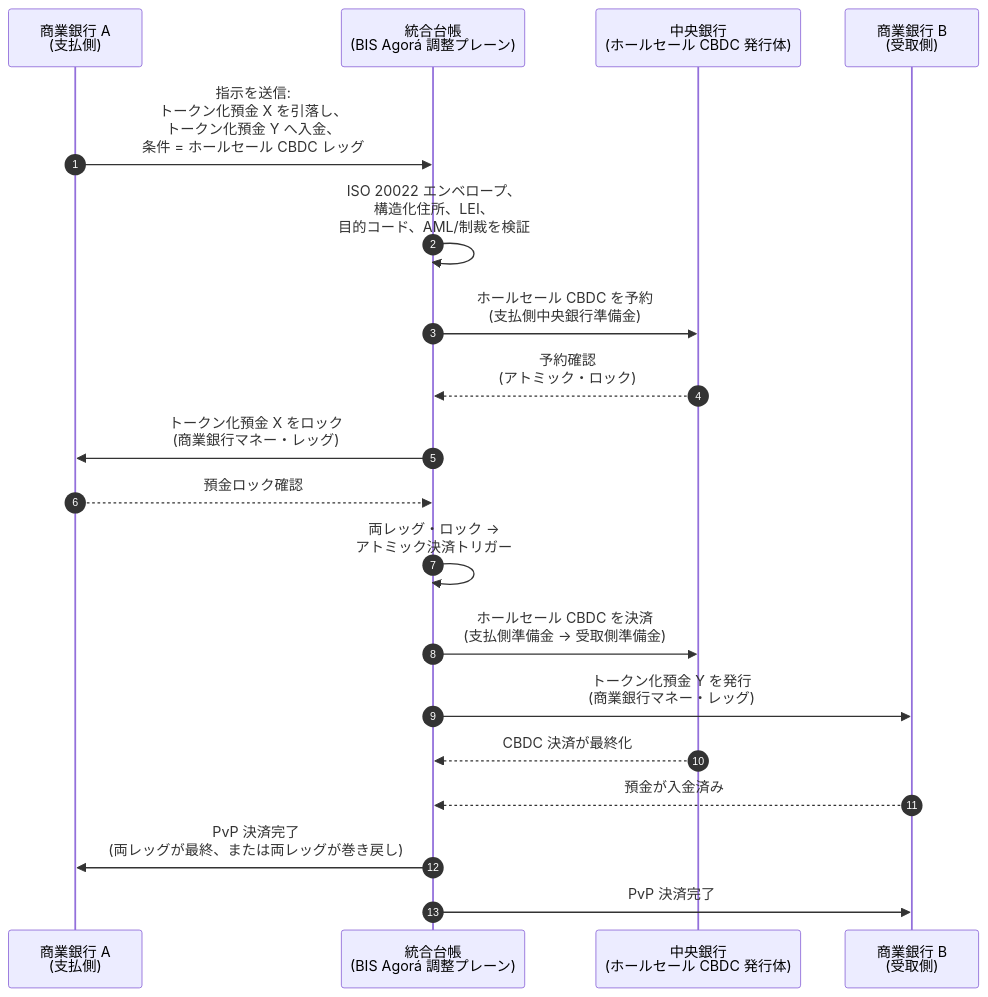
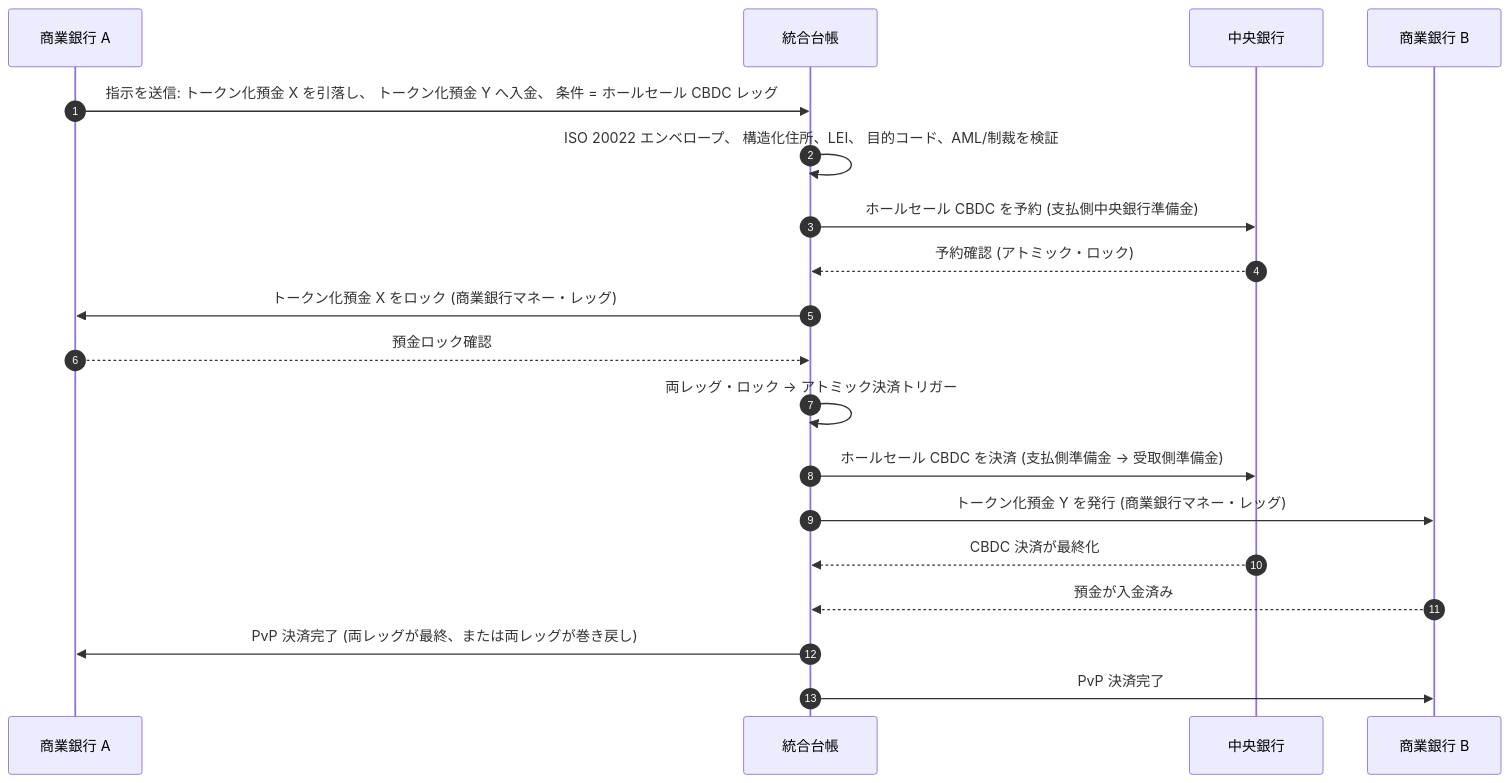
One commit to sebastienrousseau/sebastienrousseau.github.io changed the diagram in _posts/ja/2026-06-06-wholesale-payments-index-iso20022-tokenised-deposits-cross-border-2026.md. Above: the diagram before and after it, drawn with Mermaid. The commit also changed 2231 other files, not shown here.

First line of the commit message:
fix(mermaid): unblock Mermaid v10 rendering end-to-end (#198)

````diff
--- a/_posts/ja/2026-06-06-wholesale-payments-index-iso20022-tokenised-deposits-cross-border-2026.md
+++ b/_posts/ja/2026-06-06-wholesale-payments-index-iso20022-tokenised-deposits-cross-border-2026.md
@@ -170,22 +170,21 @@
 ```mermaid
 sequenceDiagram
     autonumber
-    participant CB_A as 商業銀行 A<br/>(支払側)
-    participant UL as 統合台帳<br/>(BIS Agorá 調整プレーン)
-    participant CBNK as 中央銀行<br/>(ホールセール CBDC 発行体)
-    participant CB_B as 商業銀行 B<br/>(受取側)
-
-    CB_A->>UL: 指示を送信:<br/>トークン化預金 X を引落し、<br/>トークン化預金 Y へ入金、<br/>条件 = ホールセール CBDC レッグ
-    UL->>UL: ISO 20022 エンベロープ、<br/>構造化住所、LEI、<br/>目的コード、AML/制裁を検証
-    UL->>CBNK: ホールセール CBDC を予約<br/>(支払側中央銀行準備金)
-    CBNK-->>UL: 予約確認<br/>(アトミック・ロック)
-    UL->>CB_A: トークン化預金 X をロック<br/>(商業銀行マネー・レッグ)
+    participant CB_A as 商業銀行 A
+    participant UL as 統合台帳
+    participant CBNK as 中央銀行
+    participant CB_B as 商業銀行 B
+    CB_A->>UL: 指示を送信: トークン化預金 X を引落し、 トークン化預金 Y へ入金、 条件 = ホールセール CBDC レッグ
+    UL->>UL: ISO 20022 エンベロープ、 構造化住所、LEI、 目的コード、AML/制裁を検証
+    UL->>CBNK: ホールセール CBDC を予約 (支払側中央銀行準備金)
+    CBNK-->>UL: 予約確認 (アトミック・ロック)
+    UL->>CB_A: トークン化預金 X をロック (商業銀行マネー・レッグ)
     CB_A-->>UL: 預金ロック確認
-    UL->>UL: 両レッグ・ロック →<br/>アトミック決済トリガー
-    UL->>CBNK: ホールセール CBDC を決済<br/>(支払側準備金 → 受取側準備金)
-    UL->>CB_B: トークン化預金 Y を発行<br/>(商業銀行マネー・レッグ)
+    UL->>UL: 両レッグ・ロック → アトミック決済トリガー
+    UL->>CBNK: ホールセール CBDC を決済 (支払側準備金 → 受取側準備金)
+    UL->>CB_B: トークン化預金 Y を発行 (商業銀行マネー・レッグ)
     CBNK-->>UL: CBDC 決済が最終化
     CB_B-->>UL: 預金が入金済み
-    UL->>CB_A: PvP 決済完了<br/>(両レッグが最終、または両レッグが巻き戻し)
+    UL->>CB_A: PvP 決済完了 (両レッグが最終、または両レッグが巻き戻し)
     UL->>CB_B: PvP 決済完了
 ```
````
